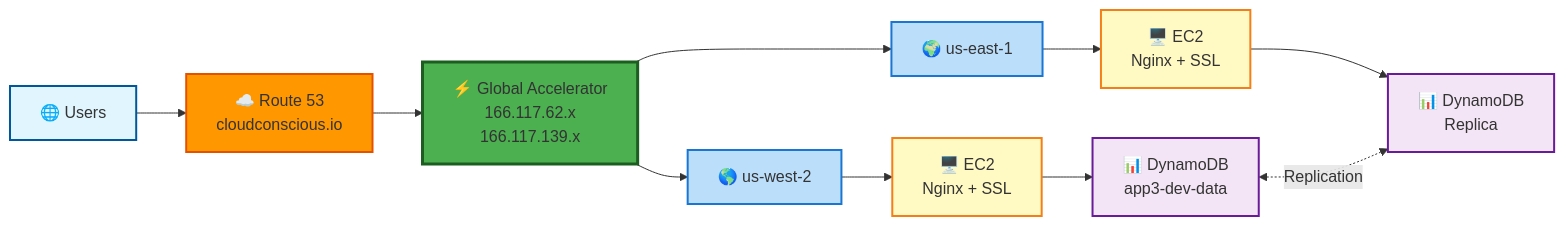
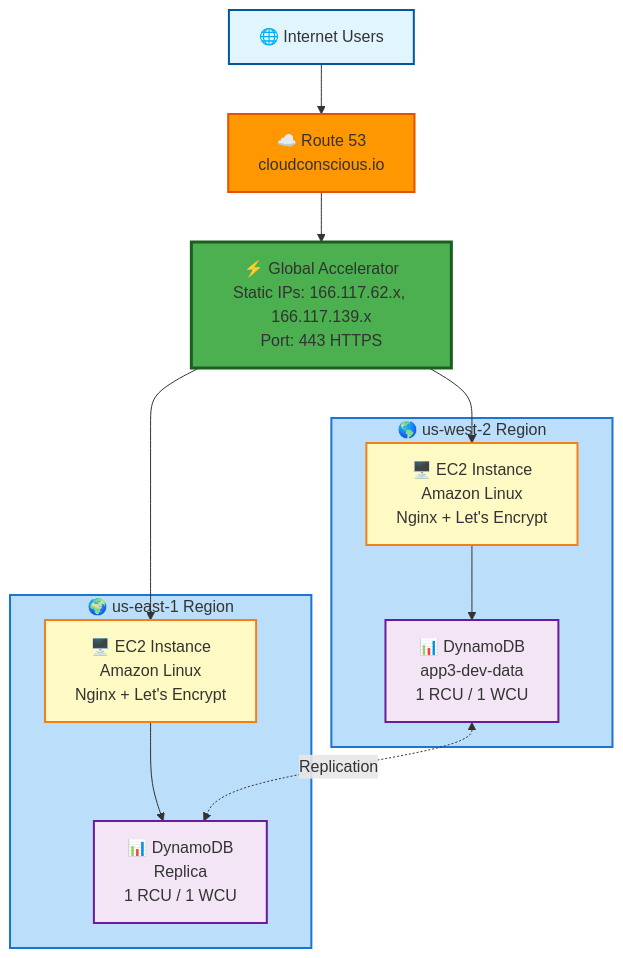
One commit to vegatros/repo1 changed the diagram in terraform/stacks/app3/README.md. Above: the diagram before and after it, drawn with Mermaid.

Commit message:
Rebuild Mermaid diagram with top-bottom flowchart and proper subgraphs

````diff
--- a/terraform/stacks/app3/README.md
+++ b/terraform/stacks/app3/README.md
@@ -9,26 +9,34 @@
 ```mermaid
-graph LR
-    Users[🌐 Users] --> R53[☁️ Route 53<br/>cloudconscious.io]
-    R53 --> GA[⚡ Global Accelerator<br/>166.117.62.x<br/>166.117.139.x]
+flowchart TB
+    Users[🌐 Internet Users]
+    R53[☁️ Route 53<br/>cloudconscious.io]
+    GA[⚡ Global Accelerator<br/>Static IPs: 166.117.62.x, 166.117.139.x<br/>Port: 443 HTTPS]
     
-    GA --> West[🌎 us-west-2]
-    GA --> East[🌍 us-east-1]
+    subgraph West[🌎 us-west-2 Region]
+        EC2W[🖥️ EC2 Instance<br/>Amazon Linux<br/>Nginx + Let's Encrypt]
+        DDBW[📊 DynamoDB<br/>app3-dev-data<br/>1 RCU / 1 WCU]
+    end
     
-    West --> EC2W[🖥️ EC2<br/>Nginx + SSL]
-    East --> EC2E[🖥️ EC2<br/>Nginx + SSL]
+    subgraph East[🌍 us-east-1 Region]
+        EC2E[🖥️ EC2 Instance<br/>Amazon Linux<br/>Nginx + Let's Encrypt]
+        DDBE[📊 DynamoDB<br/>Replica<br/>1 RCU / 1 WCU]
+    end
     
-    EC2W --> DDBW[📊 DynamoDB<br/>app3-dev-data]
-    EC2E --> DDBE[📊 DynamoDB<br/>Replica]
-    
-    DDBW <-.->|Replication| DDBE
+    Users --> R53
+    R53 --> GA
+    GA --> EC2W
+    GA --> EC2E
+    EC2W --> DDBW
+    EC2E --> DDBE
+    DDBW <-.Replication.-> DDBE
     
     style Users fill:#e1f5ff,stroke:#01579b,stroke-width:2px
     style R53 fill:#ff9800,stroke:#e65100,stroke-width:2px
     style GA fill:#4caf50,stroke:#1b5e20,stroke-width:3px
     style West fill:#bbdefb,stroke:#1976d2,stroke-width:2px
     style East fill:#bbdefb,stroke:#1976d2,stroke-width:2px
     style EC2W fill:#fff9c4,stroke:#f57f17,stroke-width:2px
     style EC2E fill:#fff9c4,stroke:#f57f17,stroke-width:2px
     style DDBW fill:#f3e5f5,stroke:#6a1b9a,stroke-width:2px
     style DDBE fill:#f3e5f5,stroke:#6a1b9a,stroke-width:2px
 ```
````
